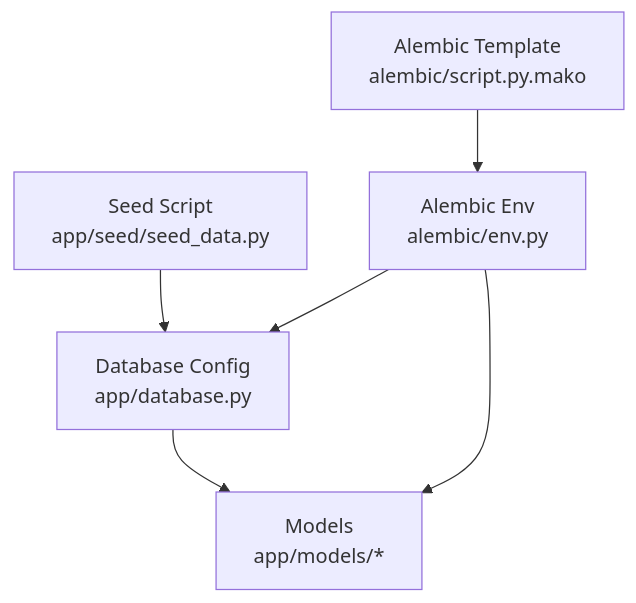
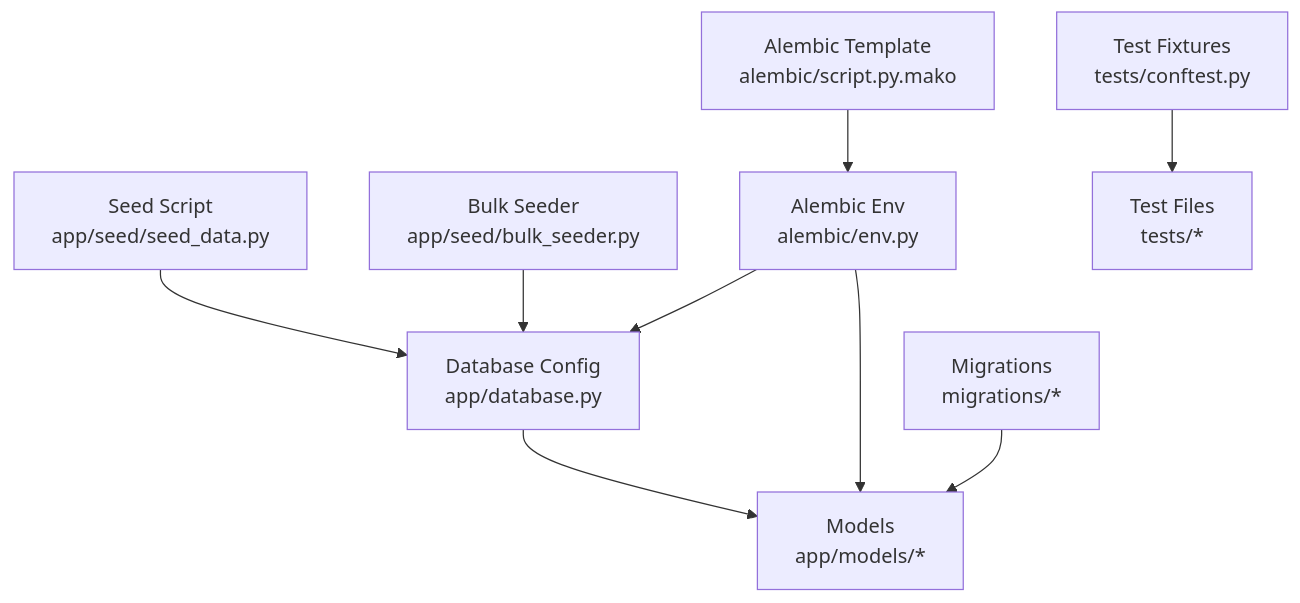
The first of 4 diagrams in .qoder/repowiki/en/content/Data Seeding & Configuration.md (bikinaplikasipakeqoder-dot/payroll-hris), drawn with Mermaid before and after one commit. The commit also changed other lines of this file and 22 other files, not shown here.

````diff
--- a/.qoder/repowiki/en/content/Data Seeding & Configuration.md
+++ b/.qoder/repowiki/en/content/Data Seeding & Configuration.md
@@ -39,13 +64,20 @@
 ```mermaid
 graph TB
 Seed["Seed Script<br/>app/seed/seed_data.py"]
+BulkSeed["Bulk Seeder<br/>app/seed/bulk_seeder.py"]
+TestFixtures["Test Fixtures<br/>tests/conftest.py"]
 DB["Database Config<br/>app/database.py"]
 AlembicEnv["Alembic Env<br/>alembic/env.py"]
 Models["Models<br/>app/models/*"]
 Mako["Alembic Template<br/>alembic/script.py.mako"]
+TestFiles["Test Files<br/>tests/*"]
+Migration["Migrations<br/>migrations/*"]
 Seed --> DB
+BulkSeed --> DB
+TestFixtures --> TestFiles
 DB --> Models
 AlembicEnv --> Models
 AlembicEnv --> DB
 Mako --> AlembicEnv
+Migration --> Models
 ```
````
